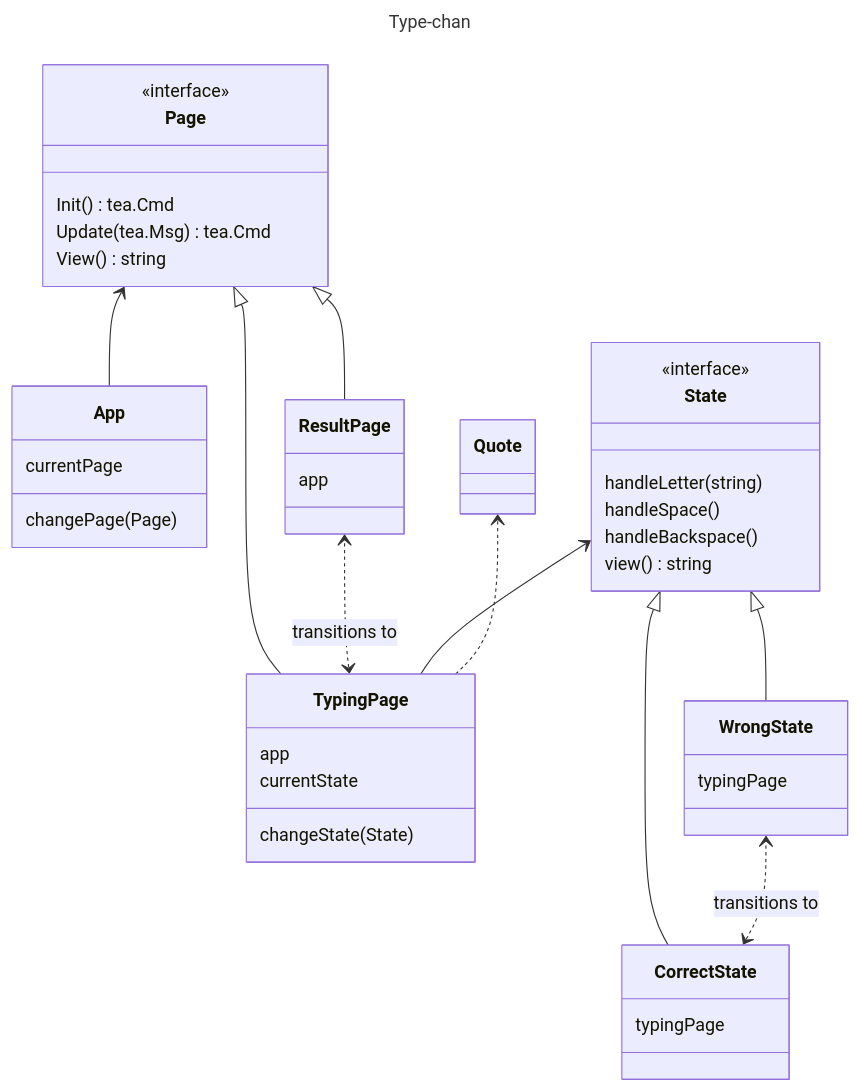
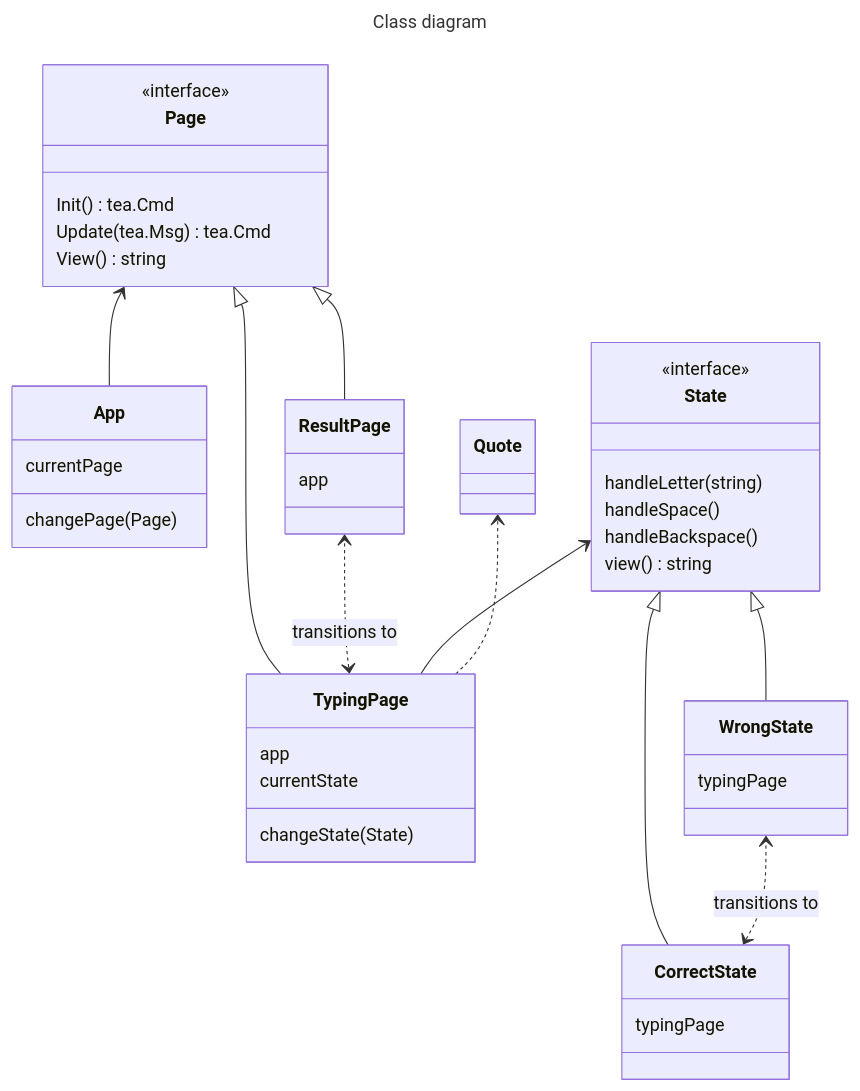
The diagram in diagram.md (hofman-tan/type-chan), drawn with Mermaid before and after one commit. The commit also changed 2 other files, not shown here.

Commit message:
Add CPM. Ignore enter and tab keys

````diff
--- a/diagram.md
+++ b/diagram.md
@@ -1,56 +1,56 @@
 ```mermaid
 ---
-title: Type-chan
+title: Class diagram
 ---
 classDiagram
     direction BT
     class App {
       currentPage
       changePage(Page)
     }
 
     class Page {
       <<interface>>
 
       Init() tea.Cmd
       Update(tea.Msg) tea.Cmd
       View() string
     }
     class TypingPage {
       app
       currentState
       changeState(State)
     }
     class ResultPage{
       app
     }
     class Quote {
     }
 
     class State {
       <<interface>> 
 
       handleLetter(string)
       handleSpace()
       handleBackspace()
       view() string
     }
     class CorrectState {
       typingPage
     }
     class WrongState {
       typingPage
     }
 
     App --> Page
     TypingPage --|> Page
     ResultPage --|> Page
     TypingPage <..> ResultPage : transitions to
 
     TypingPage --> State
     CorrectState --|> State
     WrongState --|> State
     CorrectState <..> WrongState : transitions to
 
     TypingPage ..> Quote
 ```
````
